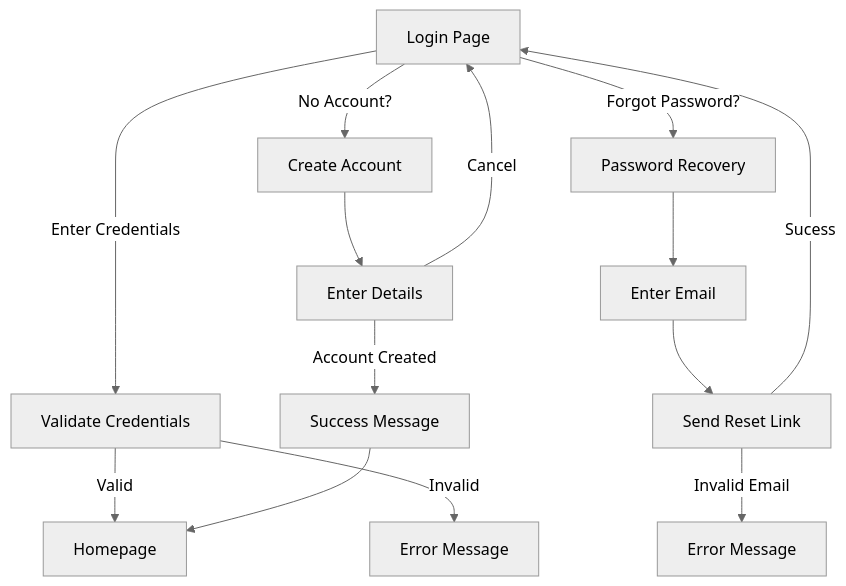
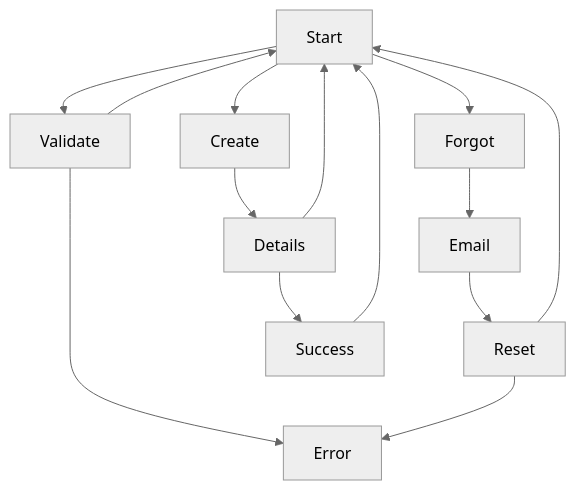
Before and after one commit to paantunes/test: the diagram in Stories.md, drawn with Mermaid (neutral theme). The commit also changed other lines of this file, not shown here.

````diff
--- a/Stories.md
+++ b/Stories.md
@@ -4,16 +4,16 @@
 ```mermaid
 flowchart TD
-    Start[Login Page] -->|Enter Credentials| Validate[Validate Credentials]
-    Validate -->|Valid| Home[Homepage]
-    Validate -->|Invalid| Error[Error Message]
-    Start -->|Forgot Password?| Forgot[Password Recovery]
-    Start -->|No Account?| Create[Create Account]
-    Forgot --> Email[Enter Email]
-    Email --> ResetLink[Send Reset Link]
-    ResetLink --> |Sucess| Start[Login Page]
-    ResetLink -->|Invalid Email| ErrorEmail[Error Message]
-    Create --> Details[Enter Details]
-    Details -->|Account Created| Success[Success Message]
-    Details -->|Cancel| Start
-    Success --> Home
+    Start --> Validate
+    Validate --> Start
+    Validate --> Error
+    Start --> Forgot
+    Start --> Create
+    Forgot --> Email
+    Email --> Reset
+    Reset --> Start
+    Reset --> Error
+    Create --> Details
+    Details --> Success
+    Details --> Start
+    Success --> Start
 ```
````
